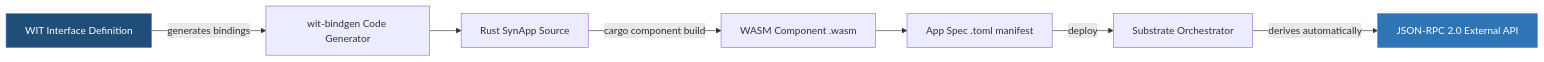
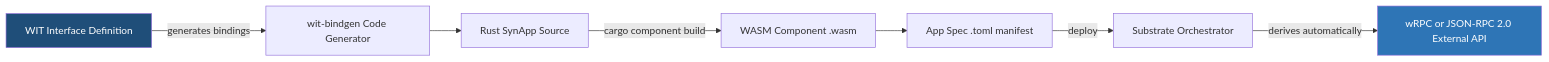
One commit to syneroym/syneroym changed the seventh of 21 diagrams in docs/architecture.md. Above: the diagram before and after it, drawn with Mermaid. The commit also changed other lines of this file, not shown here.

Commit message:
docs: payment defer and wRPC refs

````diff
--- a/docs/architecture.md
+++ b/docs/architecture.md
@@ -271,20 +272,20 @@
 ```mermaid
 flowchart LR
     WIT[WIT Interface Definition]
     WB[wit-bindgen Code Generator]
     RS[Rust SynApp Source]
     WASM_C[WASM Component .wasm]
     APP_SPEC[App Spec .toml manifest]
     SUB[Substrate Orchestrator]
-    JRPC[JSON-RPC 2.0 External API]
+    JRPC[wRPC or JSON-RPC 2.0 External API]
 
     WIT -->|generates bindings| WB
     WB --> RS
     RS -->|"cargo component build"| WASM_C
     WASM_C --> APP_SPEC
     APP_SPEC -->|deploy| SUB
     SUB -->|derives automatically| JRPC
 
     style WIT fill:#1F4E79,color:#fff
     style JRPC fill:#2E75B6,color:#fff
 ```
````
